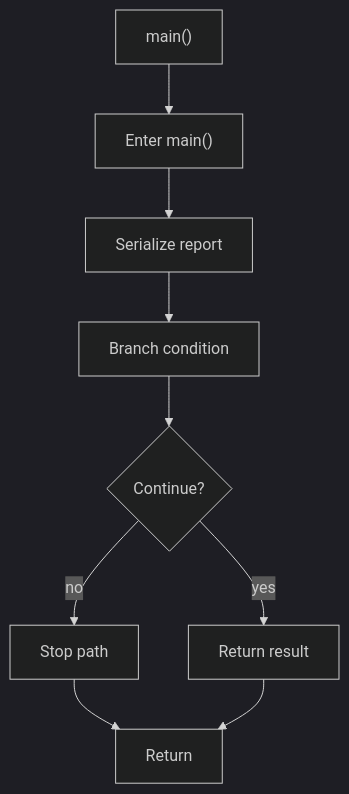
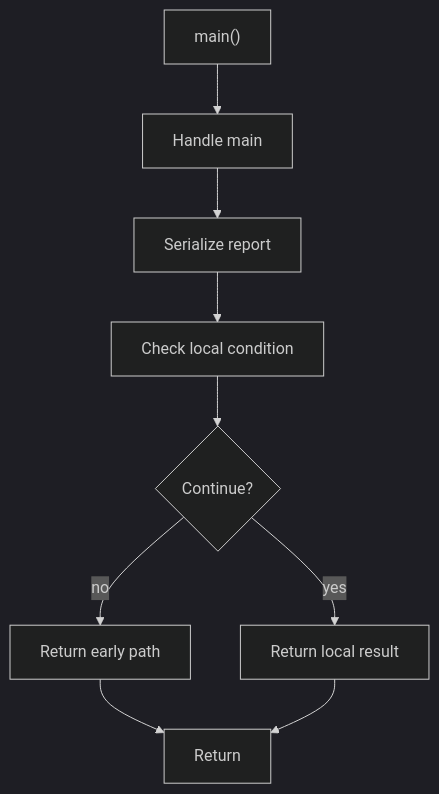
One commit to JohnAndrewBalbarosa/NeoTerritory changed the fourth of 4 diagrams in docs/Codebase/LegacyPatternTransformSamples/legacy_factory_to_singleton_sample.cpp.md. Above: the diagram before and after it, drawn with Mermaid (dark theme). The commit also changed other lines of this file and 925 other files, not shown here.

````diff
--- a/docs/Codebase/LegacyPatternTransformSamples/legacy_factory_to_singleton_sample.cpp.md
+++ b/docs/Codebase/LegacyPatternTransformSamples/legacy_factory_to_singleton_sample.cpp.md
@@ -134,19 +133,19 @@
 ```mermaid
 flowchart TD
     Start["main()"]
-    N0["Enter main()"]
+    N0["Handle main"]
     N1["Serialize report"]
-    N2["Branch condition"]
+    N2["Check local condition"]
     D2{"Continue?"}
-    R2["Stop path"]
-    N3["Return result"]
+    R2["Return early path"]
+    N3["Return local result"]
     End["Return"]
     Start --> N0
     N0 --> N1
     N1 --> N2
     N2 --> D2
     D2 -->|yes| N3
     D2 -->|no| R2
     R2 --> End
     N3 --> End
 ```
````
